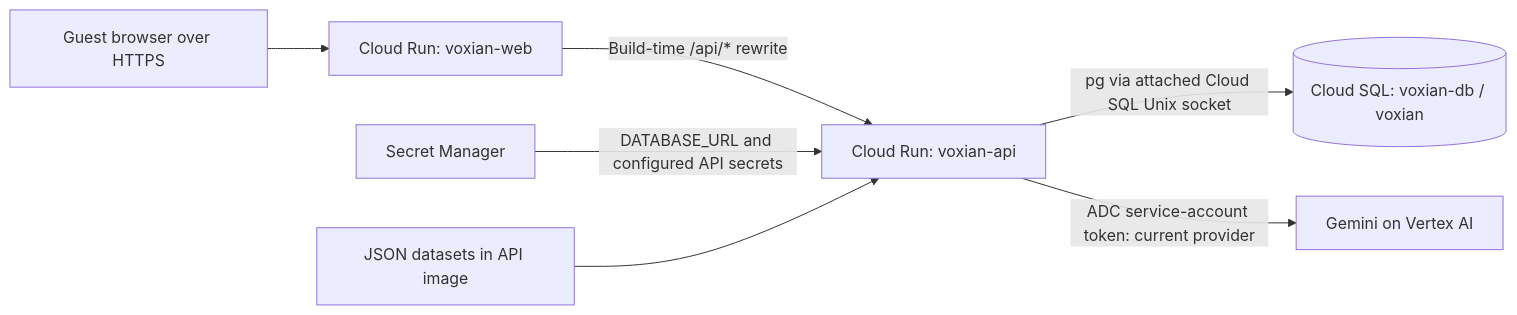
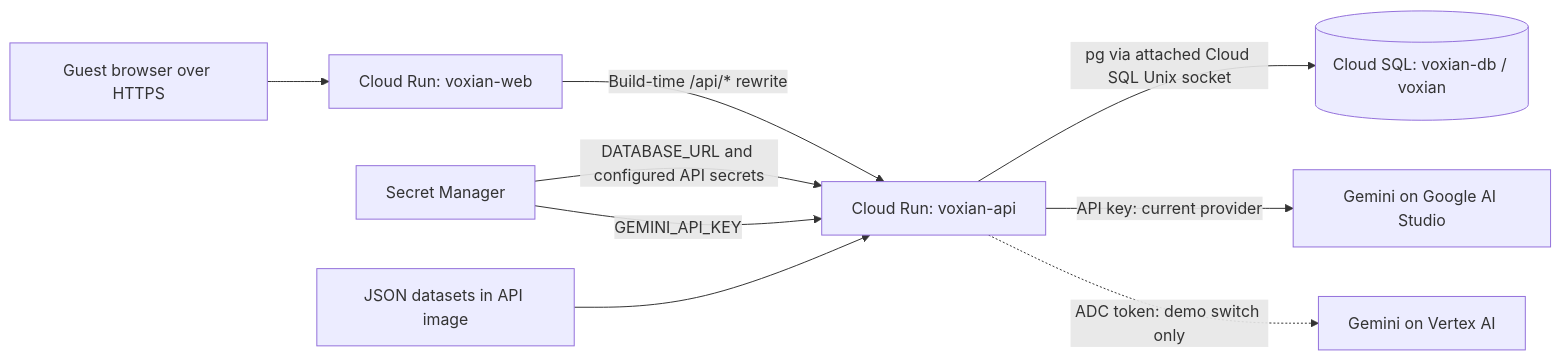
Before and after one commit to voxianshift/voxian-shift-dashboard: the second of 3 diagrams in ARCHITECTURE.md, drawn with Mermaid. The commit also changed other lines of this file and 1 other file, not shown here.

First line of the commit message:
docs: architecture for AI Studio, plan tasks and sidebar tracker

````diff
--- a/ARCHITECTURE.md
+++ b/ARCHITECTURE.md
@@ -51,9 +51,11 @@
 ```mermaid
 flowchart LR
   Browser[Guest browser over HTTPS] --> Web[Cloud Run: voxian-web]
   Web -->|Build-time /api/* rewrite| API[Cloud Run: voxian-api]
   API -->|pg via attached Cloud SQL Unix socket| SQL[(Cloud SQL: voxian-db / voxian)]
   Secrets[Secret Manager] -->|DATABASE_URL and configured API secrets| API
-  API -->|ADC service-account token: current provider| Vertex[Gemini on Vertex AI]
+  Secrets -->|GEMINI_API_KEY| API
+  API -->|API key: current provider| Gemini[Gemini on Google AI Studio]
+  API -.->|ADC token: demo switch only| Vertex[Gemini on Vertex AI]
   Data[JSON datasets in API image] --> API
 ```
````
